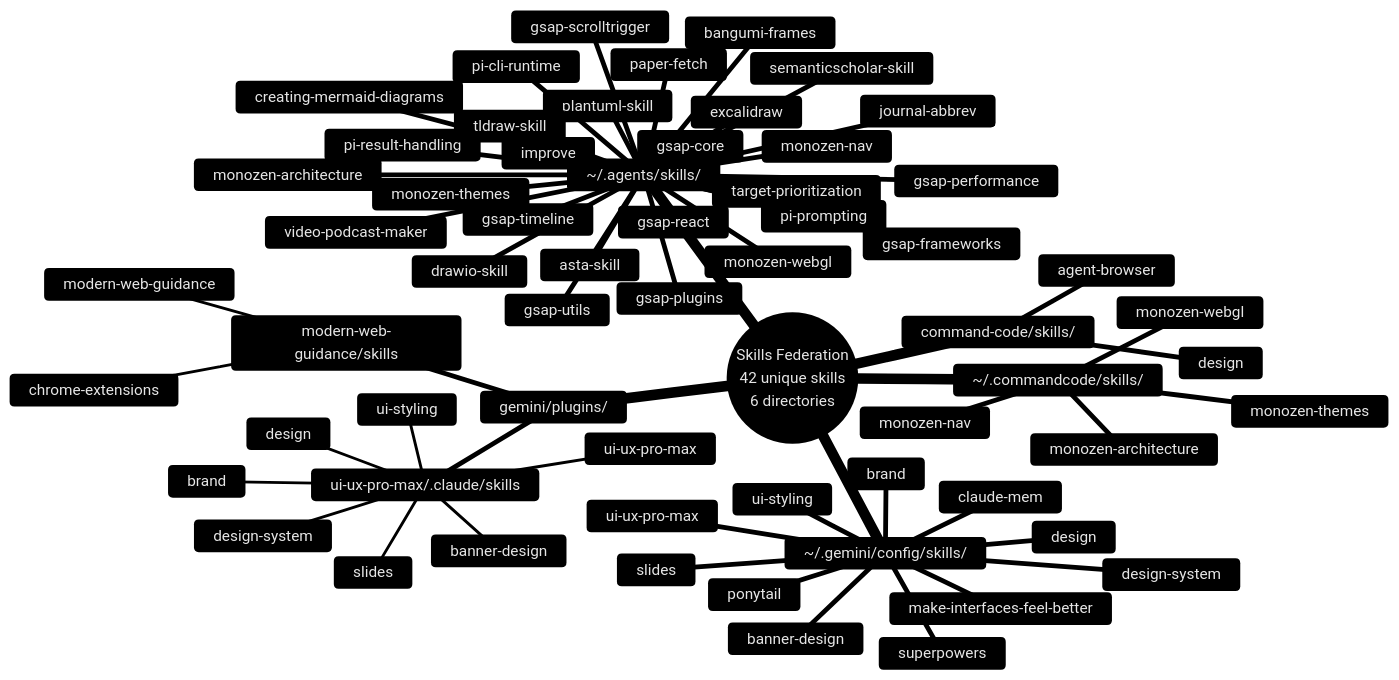
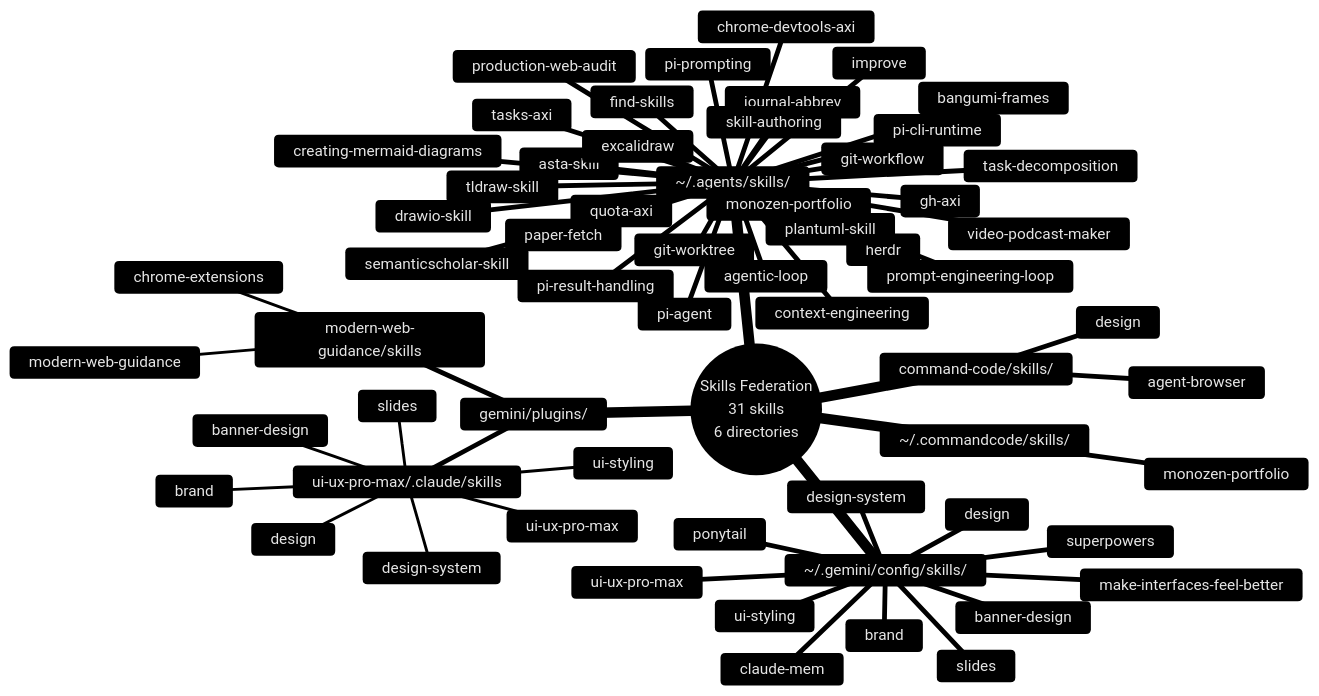
One commit to 8-BitRhyon/monozen-skills changed the diagram in assets/monozen-skills-federation.mmd. Above: the diagram before and after it, drawn with Mermaid. The commit also changed 33 other files, not shown here.

First line of the commit message:
refactor(skills): adopt Kun Chen agentic framework, consolidate to 12 skills, wire treehouse + firstmate

```diff
--- a/assets/monozen-skills-federation.mmd
+++ b/assets/monozen-skills-federation.mmd
@@ -1,65 +1,65 @@
 %%{init: {'theme': 'base', 'themeVariables': {'primaryColor': '#1a1a2e', 'primaryTextColor': '#e6e6e6', 'primaryBorderColor': '#e63946', 'lineColor': '#5a5a8a', 'secondaryColor': '#16213e', 'tertiaryColor': '#0f3460'}}}%%
 
 mindmap
-  root((Skills Federation<br/>42 unique skills<br/>6 directories))
+  root((Skills Federation<br/>31 skills<br/>6 directories))
     ~/.agents/skills/
+      agentic-loop
       asta-skill
       bangumi-frames
+      chrome-devtools-axi
+      context-engineering
       creating-mermaid-diagrams
       drawio-skill
       excalidraw
-      gsap-core
-      gsap-frameworks
-      gsap-performance
-      gsap-plugins
-      gsap-react
-      gsap-scrolltrigger
-      gsap-timeline
-      gsap-utils
+      find-skills
+      gh-axi
+      git-workflow
+      git-worktree
+      herdr
       improve
       journal-abbrev
-      monozen-architecture
-      monozen-nav
-      monozen-themes
-      monozen-webgl
+      monozen-portfolio
       paper-fetch
+      pi-agent
       pi-cli-runtime
       pi-prompting
       pi-result-handling
       plantuml-skill
+      production-web-audit
+      prompt-engineering-loop
+      quota-axi
       semanticscholar-skill
-      target-prioritization
+      skill-authoring
+      task-decomposition
+      tasks-axi
       tldraw-skill
       video-podcast-maker
     ~/.commandcode/skills/
-      monozen-architecture
-      monozen-nav
-      monozen-themes
-      monozen-webgl
+      monozen-portfolio
     ~/.gemini/config/skills/
       banner-design
       brand
       claude-mem
       design
       design-system
       make-interfaces-feel-better
       ponytail
       slides
       superpowers
       ui-styling
       ui-ux-pro-max
     gemini/plugins/
       modern-web-guidance/skills
         chrome-extensions
         modern-web-guidance
       ui-ux-pro-max/.claude/skills
         banner-design
         brand
         design
         design-system
         slides
         ui-styling
         ui-ux-pro-max
     command-code/skills/
       agent-browser
       design
```
